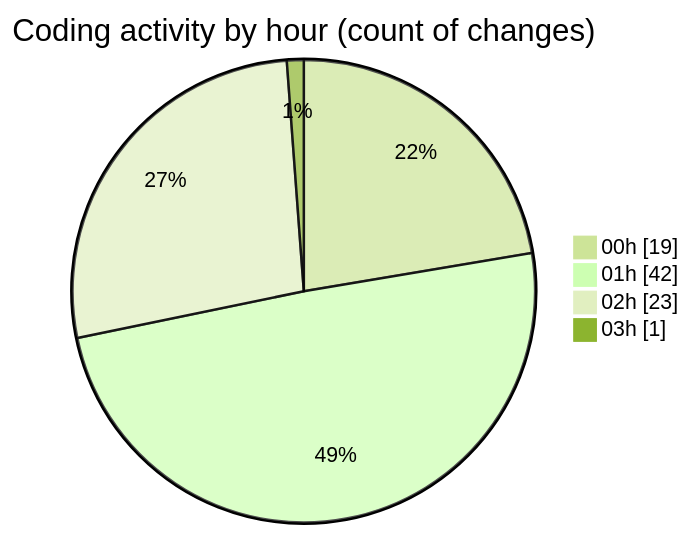
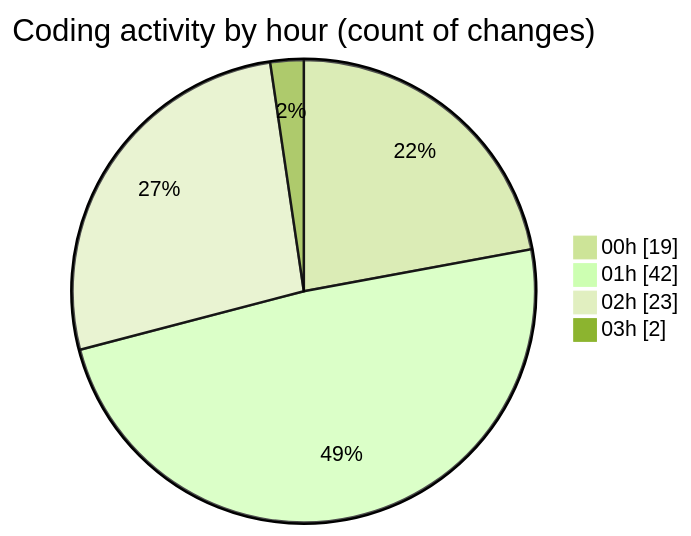
One commit to momahboobian/code-tracking changed the second of 2 diagrams in 2025-02-23/pdf-analysis-app/README.md. Above: the diagram before and after it, drawn with Mermaid (forest theme). The commit also changed other lines of this file and 1 other file, not shown here.

````diff
--- a/2025-02-23/pdf-analysis-app/README.md
+++ b/2025-02-23/pdf-analysis-app/README.md
@@ -44,8 +44,8 @@
 ```mermaid
 pie showData
 title Coding activity by hour (count of changes)
 "00h" : 19
 "01h" : 42
 "02h" : 23
-"03h" : 1
+"03h" : 2
 ```
````
